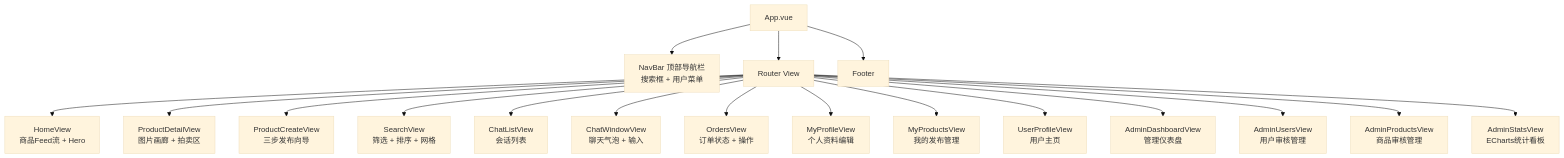
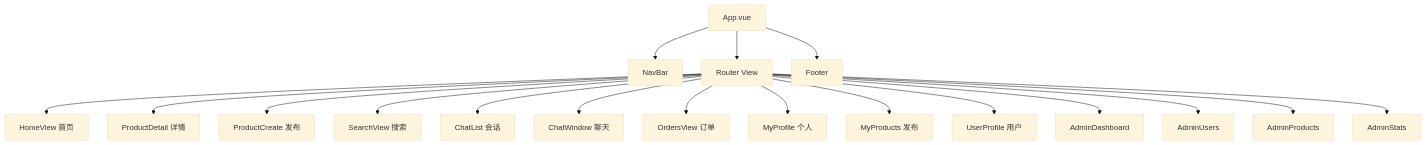
Before and after one commit to LiuZiyan3126/campus-auction-im: the fifth of 9 diagrams in docs/01-开发计划书-修订版.md, drawn with Mermaid (base theme). The commit also changed other lines of this file and 2 other files, not shown here.

First line of the commit message:
docs: 开发计划书添加封面，缩小前部图表，优化README

````diff
--- a/docs/01-开发计划书-修订版.md
+++ b/docs/01-开发计划书-修订版.md
@@ -436,23 +478,24 @@
 ```mermaid
+%%{init: {'flowchart': {'nodeSpacing': 40, 'rankSpacing': 60}}}%%
 graph TB
     App["App.vue"]
-    App --> NavBar["NavBar 顶部导航栏<br/>搜索框 + 用户菜单"]
+    App --> NavBar["NavBar"]
     App --> Router["Router View"]
     App --> Footer["Footer"]
 
-    Router --> Home["HomeView<br/>商品Feed流 + Hero"]
-    Router --> ProductDetail["ProductDetailView<br/>图片画廊 + 拍卖区"]
-    Router --> ProductCreate["ProductCreateView<br/>三步发布向导"]
-    Router --> Search["SearchView<br/>筛选 + 排序 + 网格"]
-    Router --> ChatList["ChatListView<br/>会话列表"]
-    Router --> ChatWindow["ChatWindowView<br/>聊天气泡 + 输入"]
-    Router --> Orders["OrdersView<br/>订单状态 + 操作"]
-    Router --> MyProfile["MyProfileView<br/>个人资料编辑"]
-    Router --> MyProducts["MyProductsView<br/>我的发布管理"]
-    Router --> UserProfile["UserProfileView<br/>用户主页"]
+    Router --> Home["HomeView 首页"]
+    Router --> ProductDetail["ProductDetail 详情"]
+    Router --> ProductCreate["ProductCreate 发布"]
+    Router --> Search["SearchView 搜索"]
+    Router --> ChatList["ChatList 会话"]
+    Router --> ChatWindow["ChatWindow 聊天"]
+    Router --> Orders["OrdersView 订单"]
+    Router --> MyProfile["MyProfile 个人"]
+    Router --> MyProducts["MyProducts 发布"]
+    Router --> UserProfile["UserProfile 用户"]
 
-    Router --> AdminDash["AdminDashboardView<br/>管理仪表盘"]
-    Router --> AdminUsers["AdminUsersView<br/>用户审核管理"]
-    Router --> AdminProducts["AdminProductsView<br/>商品审核管理"]
-    Router --> AdminStats["AdminStatsView<br/>ECharts统计看板"]
+    Router --> AdminDash["AdminDashboard"]
+    Router --> AdminUsers["AdminUsers"]
+    Router --> AdminProducts["AdminProducts"]
+    Router --> AdminStats["AdminStats"]
 ```
````
